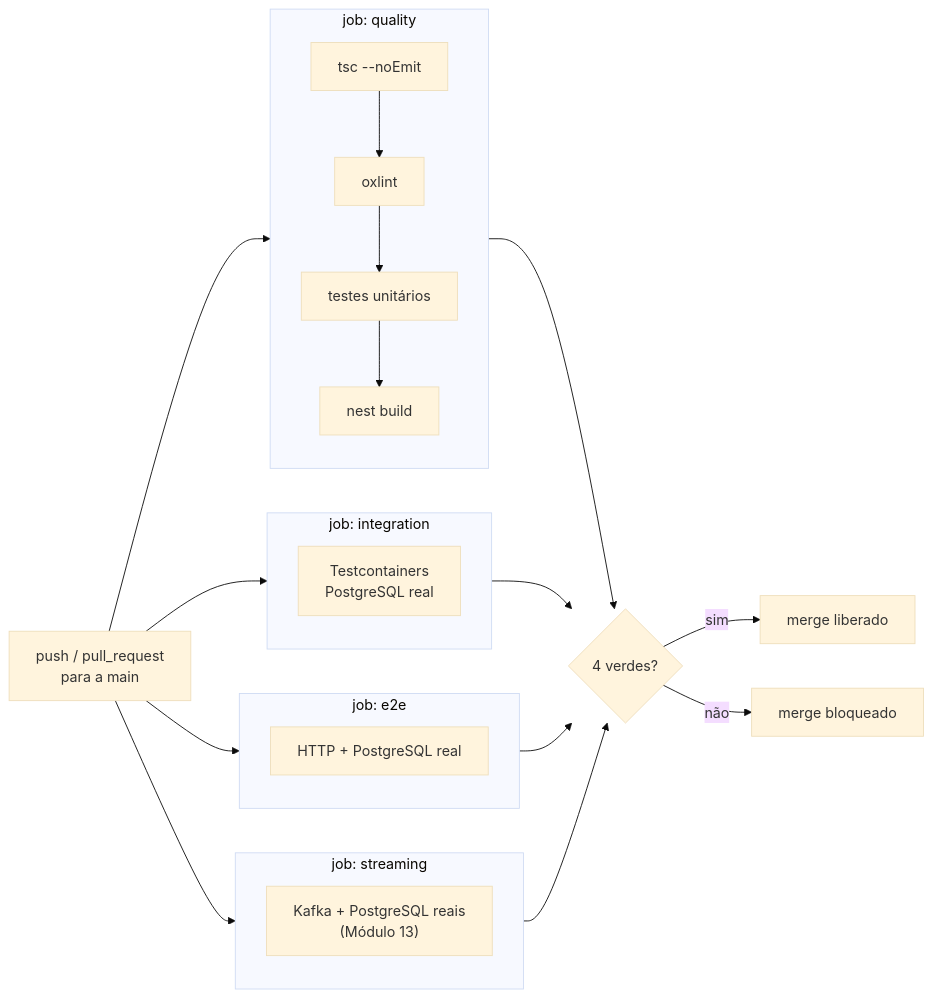
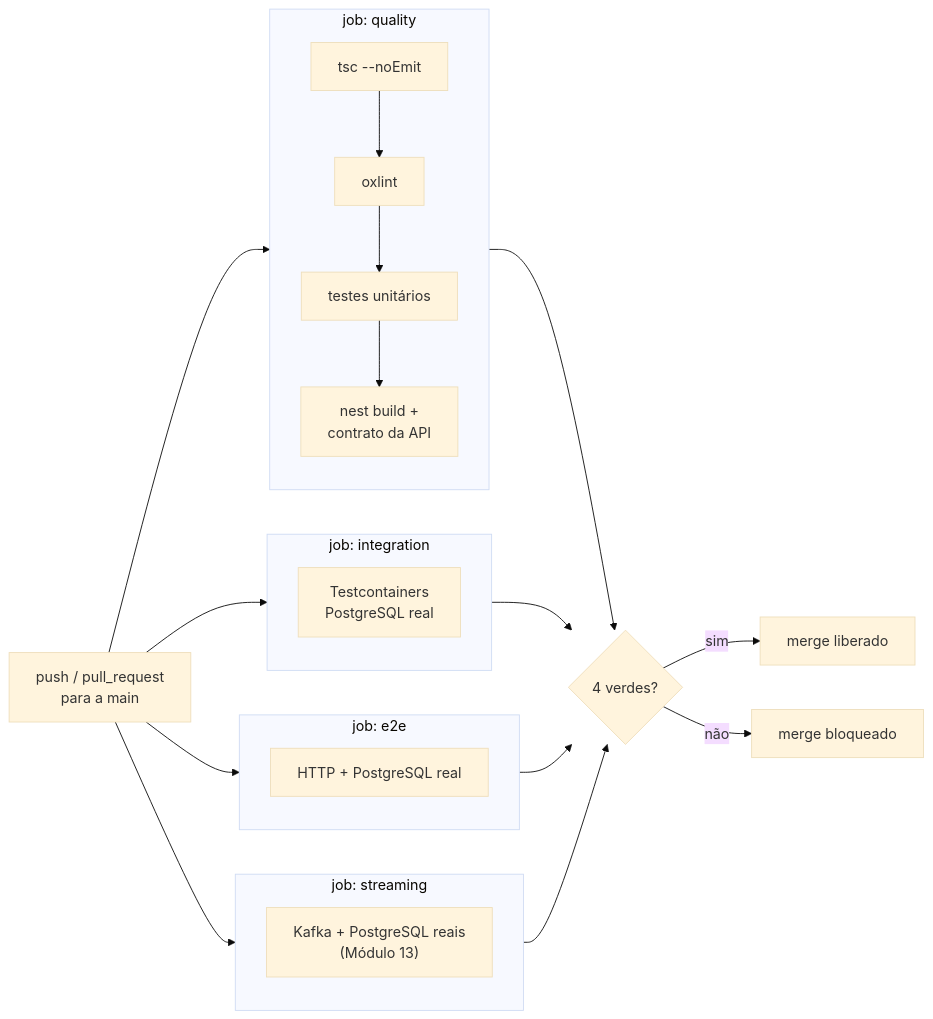
The diagram in docs/modules/03-ci-cd-github-actions.md (cassiocidrini/TaskFlow), drawn with Mermaid (base theme) before and after one commit. The commit also changed other lines of this file and 12 other files, not shown here.

First line of the commit message:
feat: contrato da API versionado e mudanças incompatíveis no CI (14.3) (#33)

````diff
--- a/docs/modules/03-ci-cd-github-actions.md
+++ b/docs/modules/03-ci-cd-github-actions.md
@@ -55,26 +55,26 @@
 ```mermaid
 flowchart LR
     E["push / pull_request<br/>para a main"] --> Q
     E --> I
     E --> X
     E --> S
     subgraph Q [job: quality]
         direction TB
-        q1[tsc --noEmit] --> q2[oxlint] --> q3[testes unitários] --> q4[nest build]
+        q1[tsc --noEmit] --> q2[oxlint] --> q3[testes unitários] --> q4["nest build +<br/>contrato da API"]
     end
     subgraph I [job: integration]
         i1["Testcontainers<br/>PostgreSQL real"]
     end
     subgraph X [job: e2e]
         x1["HTTP + PostgreSQL real"]
     end
     subgraph S [job: streaming]
         s1["Kafka + PostgreSQL reais<br/>(Módulo 13)"]
     end
     Q --> M{4 verdes?}
     I --> M
     X --> M
     S --> M
     M -->|sim| OK[merge liberado]
     M -->|não| NO[merge bloqueado]
 ```
````
